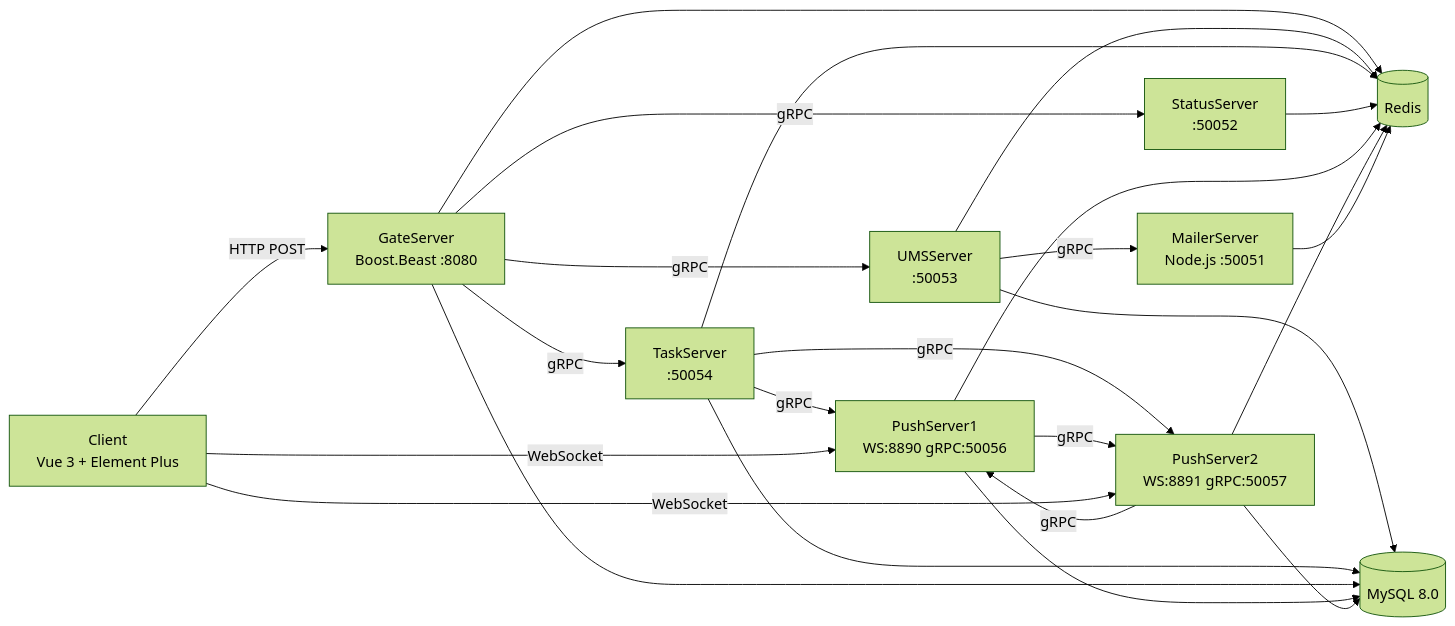
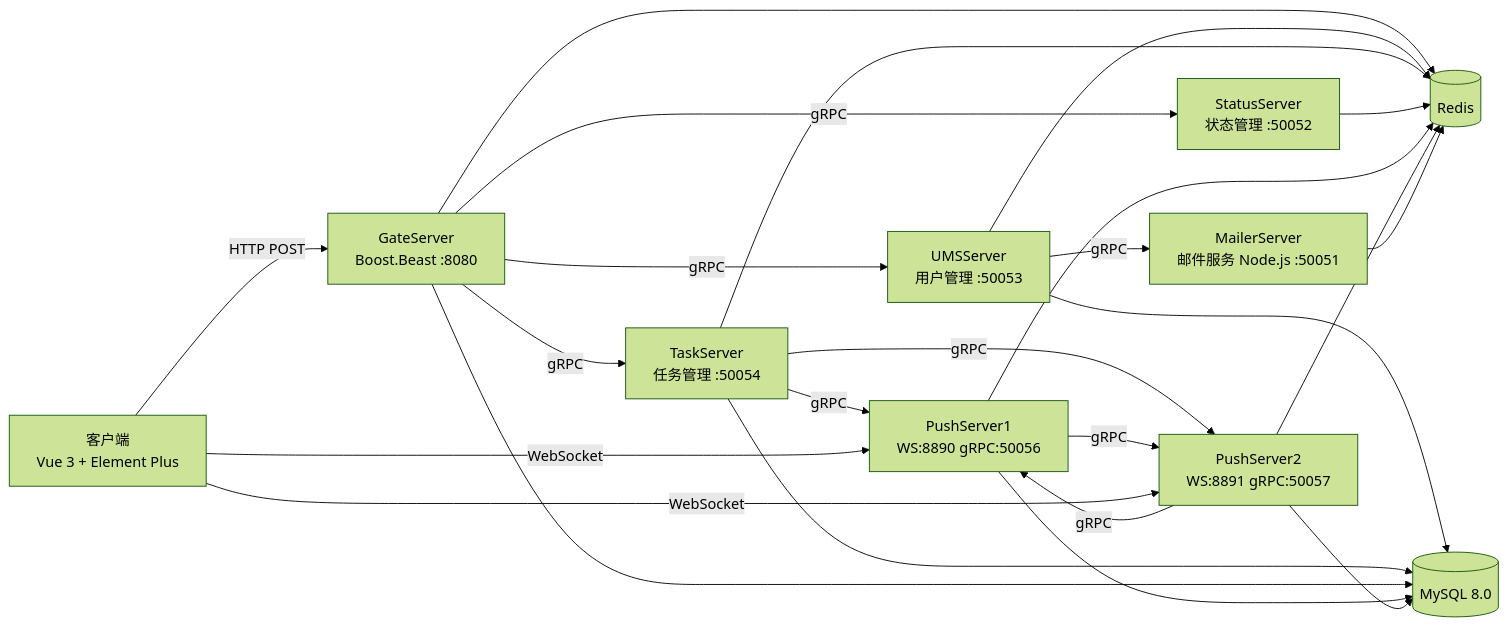
Before and after one commit to KieranGao/OxyTeamTasks: the diagram in README.md, drawn with Mermaid (forest theme). The commit also changed other lines of this file and 3 other files, not shown here.

````diff
--- a/README.md
+++ b/README.md
@@ -162,26 +162,26 @@
 ```mermaid
 graph LR
-    C[Client<br/>Vue 3 + Element Plus] -->|HTTP POST| G[GateServer<br/>Boost.Beast :8080]
-    G -->|gRPC| U[UMSServer<br/>:50053]
-    G -->|gRPC| T[TaskServer<br/>:50054]
-    G -->|gRPC| S[StatusServer<br/>:50052]
-    U -->|gRPC| M[MailerServer<br/>Node.js :50051]
+    C[客户端<br/>Vue 3 + Element Plus] -->|HTTP POST| G[GateServer<br/>Boost.Beast :8080]
+    G -->|gRPC| U[UMSServer<br/>用户管理 :50053]
+    G -->|gRPC| T[TaskServer<br/>任务管理 :50054]
+    G -->|gRPC| S[StatusServer<br/>状态管理 :50052]
+    U -->|gRPC| M[MailerServer<br/>邮件服务 Node.js :50051]
     T -->|gRPC| P1[PushServer1<br/>WS:8890 gRPC:50056]
     T -->|gRPC| P2[PushServer2<br/>WS:8891 gRPC:50057]
     P1 -->|gRPC| P2
     P2 -->|gRPC| P1
     C -->|WebSocket| P1
     C -->|WebSocket| P2
     U --> DB[(MySQL 8.0)]
     T --> DB
     G --> DB
     P1 --> DB
     P2 --> DB
     G --> R[(Redis)]
     U --> R
     T --> R
     S --> R
     P1 --> R
     P2 --> R
     M --> R
 ```
````
